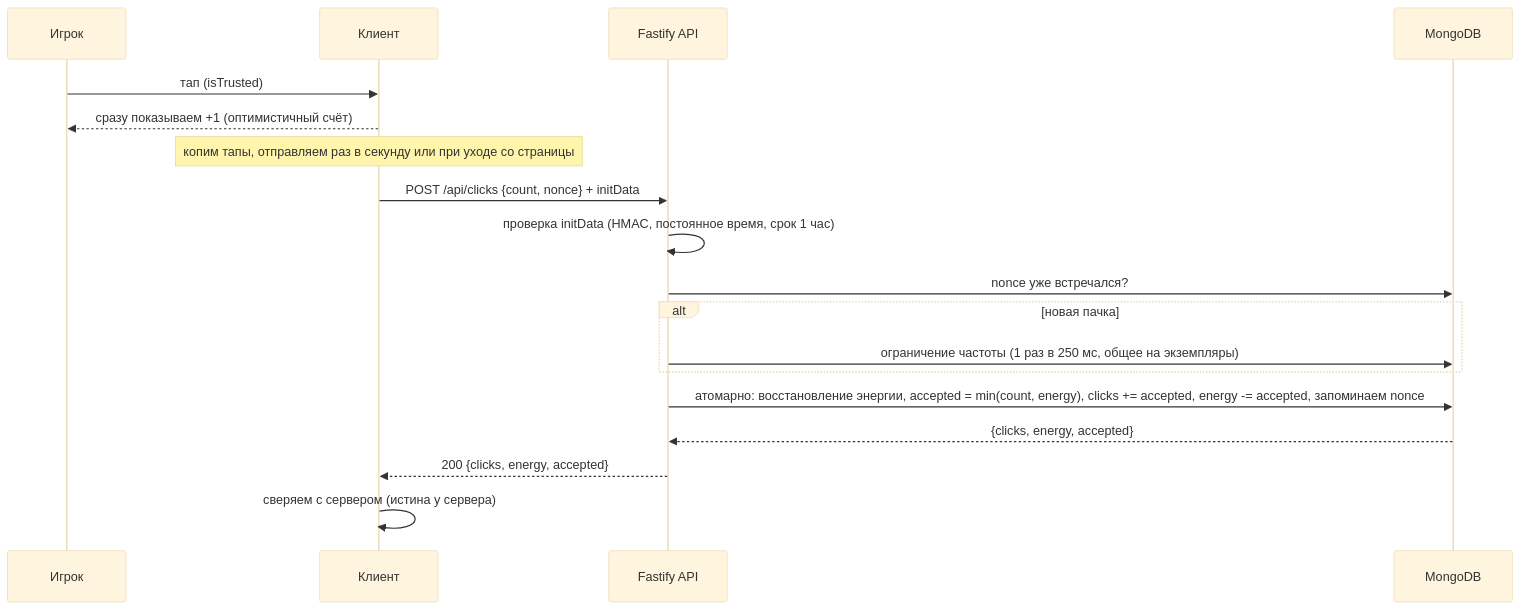
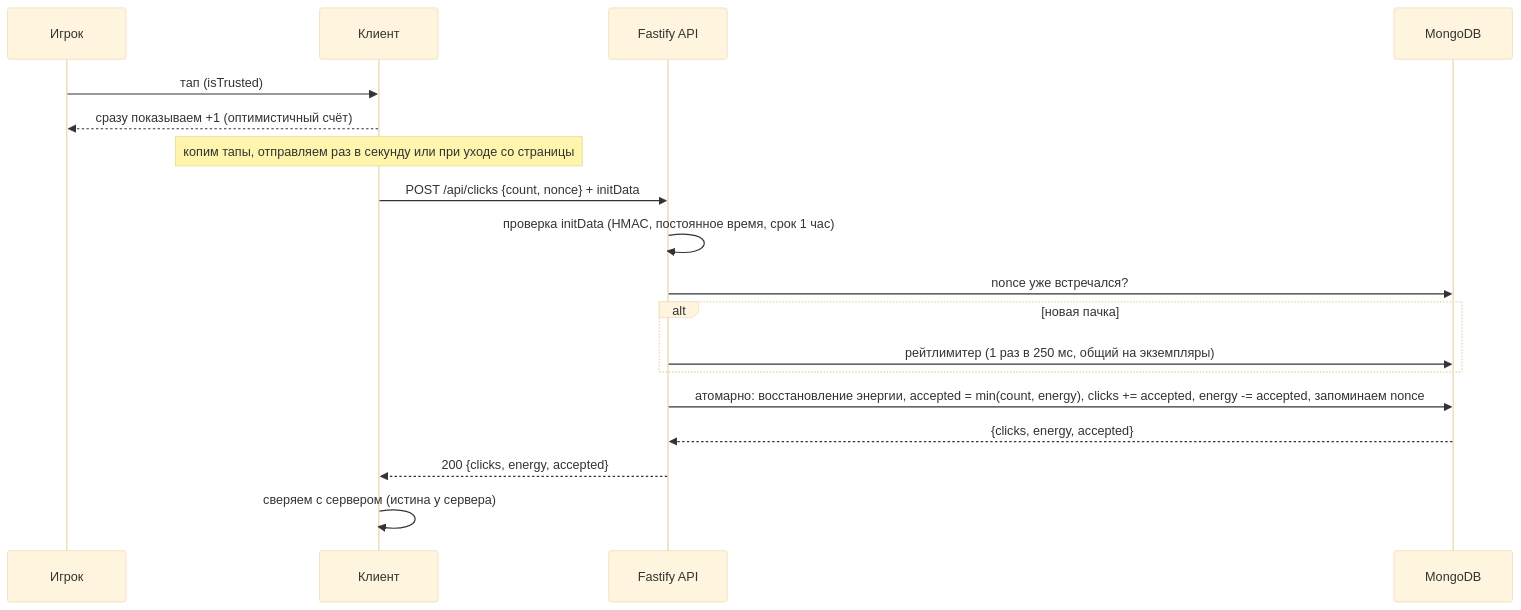
Before and after one commit to dgtpizza/taptap: the second of 2 diagrams in README.md, drawn with Mermaid (base theme). The commit also changed other lines of this file and 2 other files, not shown here.

````diff
--- a/README.md
+++ b/README.md
@@ -90,20 +102,20 @@
 ```mermaid
 sequenceDiagram
   participant U as Игрок
   participant C as Клиент
   participant A as Fastify API
   participant M as MongoDB
   U->>C: тап (isTrusted)
   C-->>U: сразу показываем +1 (оптимистичный счёт)
   Note over C: копим тапы, отправляем раз в секунду или при уходе со страницы
   C->>A: POST /api/clicks {count, nonce} + initData
   A->>A: проверка initData (HMAC, постоянное время, срок 1 час)
   A->>M: nonce уже встречался?
   alt новая пачка
-    A->>M: ограничение частоты (1 раз в 250 мс, общее на экземпляры)
+    A->>M: рейтлимитер (1 раз в 250 мс, общий на экземпляры)
   end
   A->>M: атомарно: восстановление энергии, accepted = min(count, energy), clicks += accepted, energy -= accepted, запоминаем nonce
   M-->>A: {clicks, energy, accepted}
   A-->>C: 200 {clicks, energy, accepted}
   C->>C: сверяем с сервером (истина у сервера)
 ```
````
